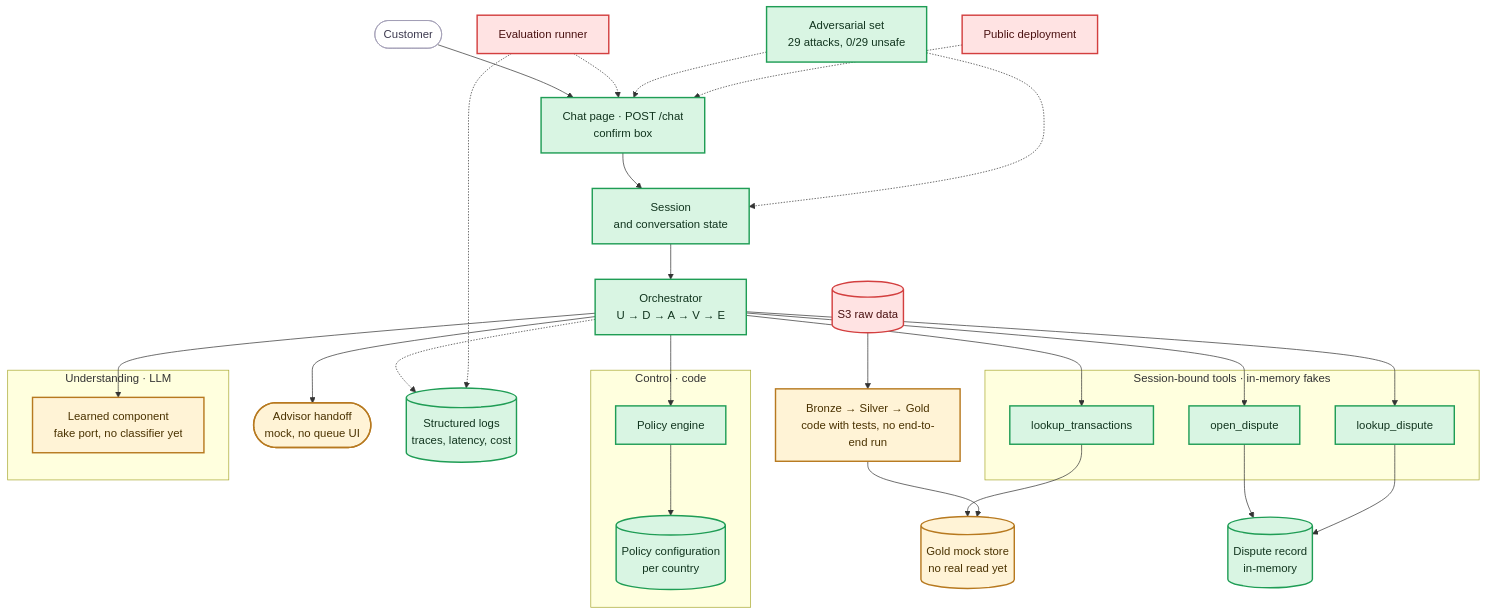
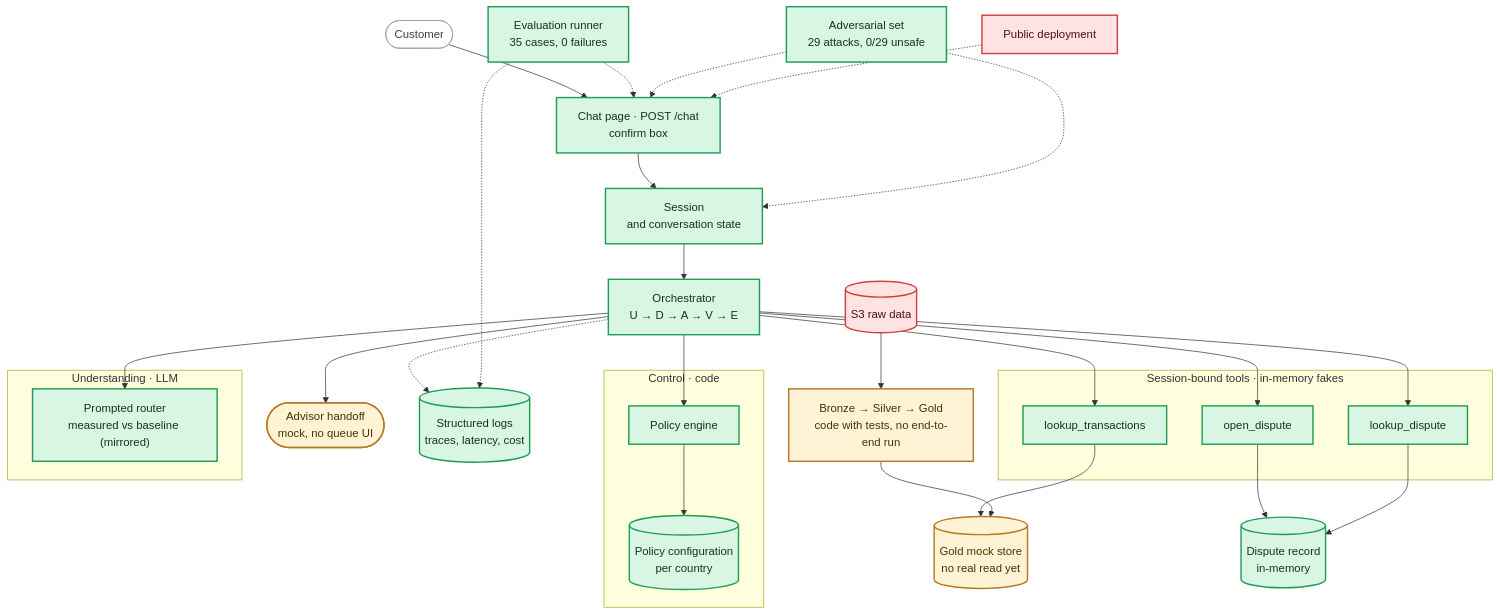
Before and after one commit to rdorta27/factored-hackathon-2026-sentinel-engine: the diagram in team/component-status.md, drawn with Mermaid. The commit also changed other lines of this file and 5 other files, not shown here.

````diff
--- a/team/component-status.md
+++ b/team/component-status.md
@@ -7,45 +7,45 @@
 ```mermaid
 flowchart TB
     client(["Customer"]) --> chat["Chat page · POST /chat<br/>confirm box"]
     chat --> session["Session<br/>and conversation state"]
     session --> orch["Orchestrator<br/>U → D → A → V → E"]
 
     subgraph control["Control · code"]
         policy["Policy engine"]
         config[("Policy configuration<br/>per country")]
         policy --> config
     end
     subgraph toolset["Session-bound tools · in-memory fakes"]
         lookup["lookup_transactions"]
         open["open_dispute"]
         verify["lookup_dispute"]
     end
     subgraph brain["Understanding · LLM"]
-        learned["Learned component<br/>fake port, no classifier yet"]
+        learned["Prompted router<br/>measured vs baseline (mirrored)"]
     end
 
     orch --> policy
     orch --> learned
     orch --> lookup & open & verify
     lookup --> goldmock[("Gold mock store<br/>no real read yet")]
     open --> disputes[("Dispute record<br/>in-memory")]
     verify --> disputes
     orch --> handoff(["Advisor handoff<br/>mock, no queue UI"])
     orch -.-> logs[("Structured logs<br/>traces, latency, cost")]
-    evalr["Evaluation runner"] -.-> chat
+    evalr["Evaluation runner<br/>35 cases, 0 failures"] -.-> chat
     evalr -.-> logs
     tests["Adversarial set<br/>29 attacks, 0/29 unsafe"] -.-> chat
     tests -.-> session
     s3[("S3 raw data")] --> pipeline["Bronze → Silver → Gold<br/>code with tests, no end-to-end run"]
     pipeline --> goldmock
     deploy["Public deployment"] -.-> chat
 
     classDef done fill:#d9f5e3,stroke:#1f9d55,stroke-width:2px,color:#12351f
     classDef partial fill:#fff3d6,stroke:#b7791f,stroke-width:2px,color:#4a3200
     classDef missing fill:#ffe3e3,stroke:#d33f3f,stroke-width:2px,color:#4a1111
     classDef ext fill:#ffffff,stroke:#a09cb5,stroke-width:1px,color:#3d3a4f
-    class chat,session,orch,policy,config,lookup,open,verify,disputes,logs,tests done
-    class learned,goldmock,handoff,pipeline partial
-    class evalr,deploy,s3 missing
+    class chat,session,orch,policy,config,lookup,open,verify,disputes,logs,tests,learned,evalr done
+    class goldmock,handoff,pipeline partial
+    class deploy,s3 missing
     class client ext
 ```
````
